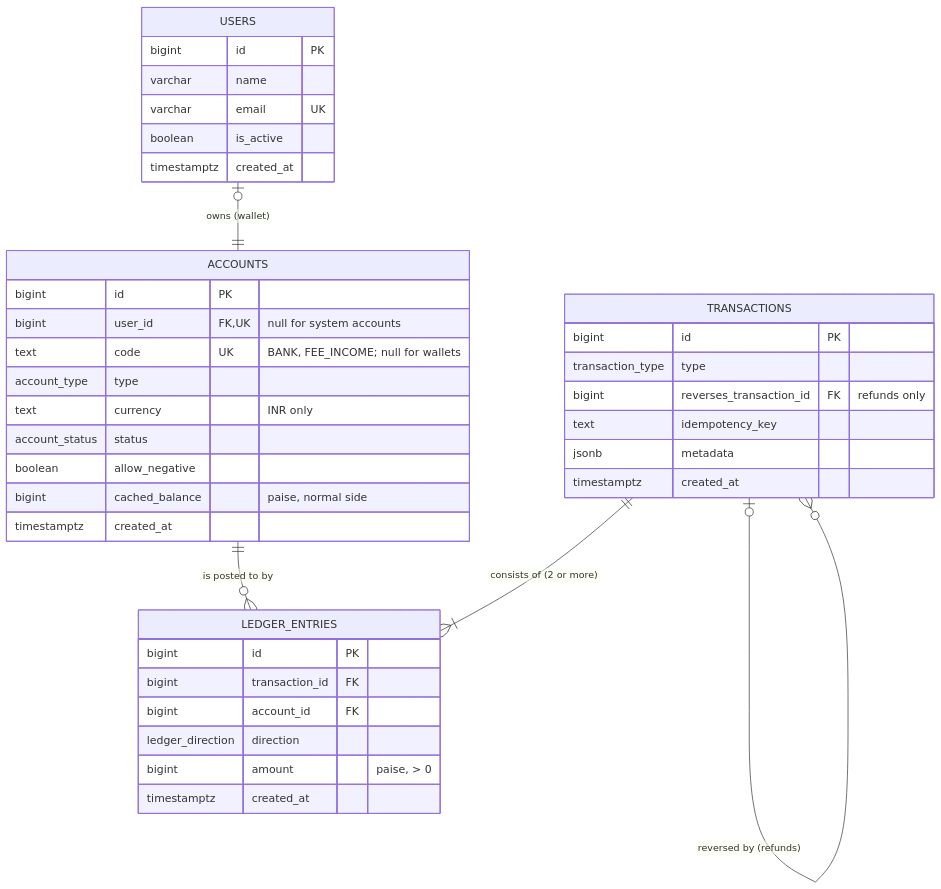
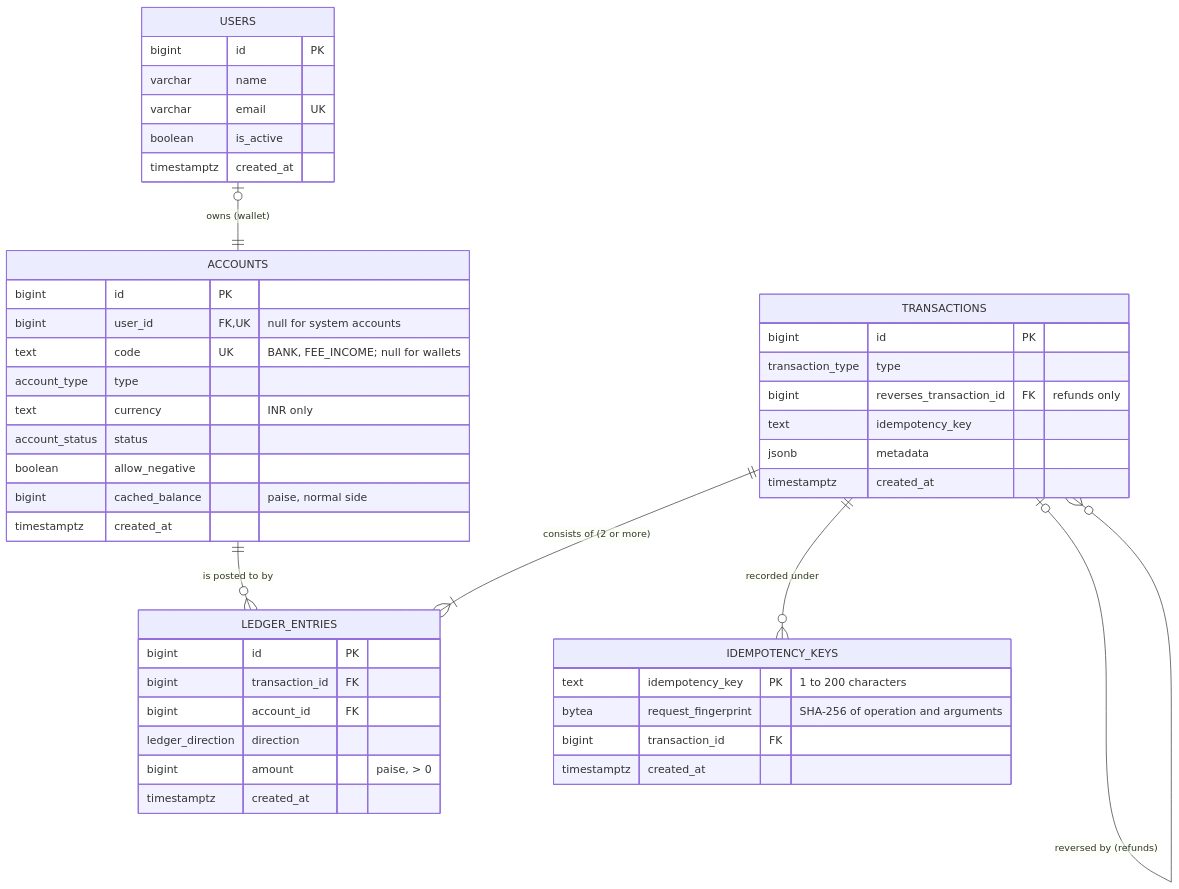
Before and after one commit to harshdeep2401/mini-ledger-wallet: the diagram in docs/er-diagram.md, drawn with Mermaid. The commit also changed other lines of this file and 47 other files, not shown here.

````diff
--- a/docs/er-diagram.md
+++ b/docs/er-diagram.md
@@ -5,42 +5,49 @@
 ```mermaid
 erDiagram
     USERS |o--|| ACCOUNTS : "owns (wallet)"
     ACCOUNTS ||--o{ LEDGER_ENTRIES : "is posted to by"
     TRANSACTIONS ||--|{ LEDGER_ENTRIES : "consists of (2 or more)"
     TRANSACTIONS |o--o{ TRANSACTIONS : "reversed by (refunds)"
+    TRANSACTIONS ||--o{ IDEMPOTENCY_KEYS : "recorded under"
 
     USERS {
         bigint id PK
         varchar name
         varchar email UK
         boolean is_active
         timestamptz created_at
     }
     ACCOUNTS {
         bigint id PK
         bigint user_id FK, UK "null for system accounts"
         text code UK "BANK, FEE_INCOME; null for wallets"
         account_type type
         text currency "INR only"
         account_status status
         boolean allow_negative
         bigint cached_balance "paise, normal side"
         timestamptz created_at
     }
     TRANSACTIONS {
         bigint id PK
         transaction_type type
         bigint reverses_transaction_id FK "refunds only"
         text idempotency_key
         jsonb metadata
         timestamptz created_at
     }
+    IDEMPOTENCY_KEYS {
+        text idempotency_key PK "1 to 200 characters"
+        bytea request_fingerprint "SHA-256 of operation and arguments"
+        bigint transaction_id FK
+        timestamptz created_at
+    }
     LEDGER_ENTRIES {
         bigint id PK
         bigint transaction_id FK
         bigint account_id FK
         ledger_direction direction
         bigint amount "paise, > 0"
         timestamptz created_at
     }
 ```
````
